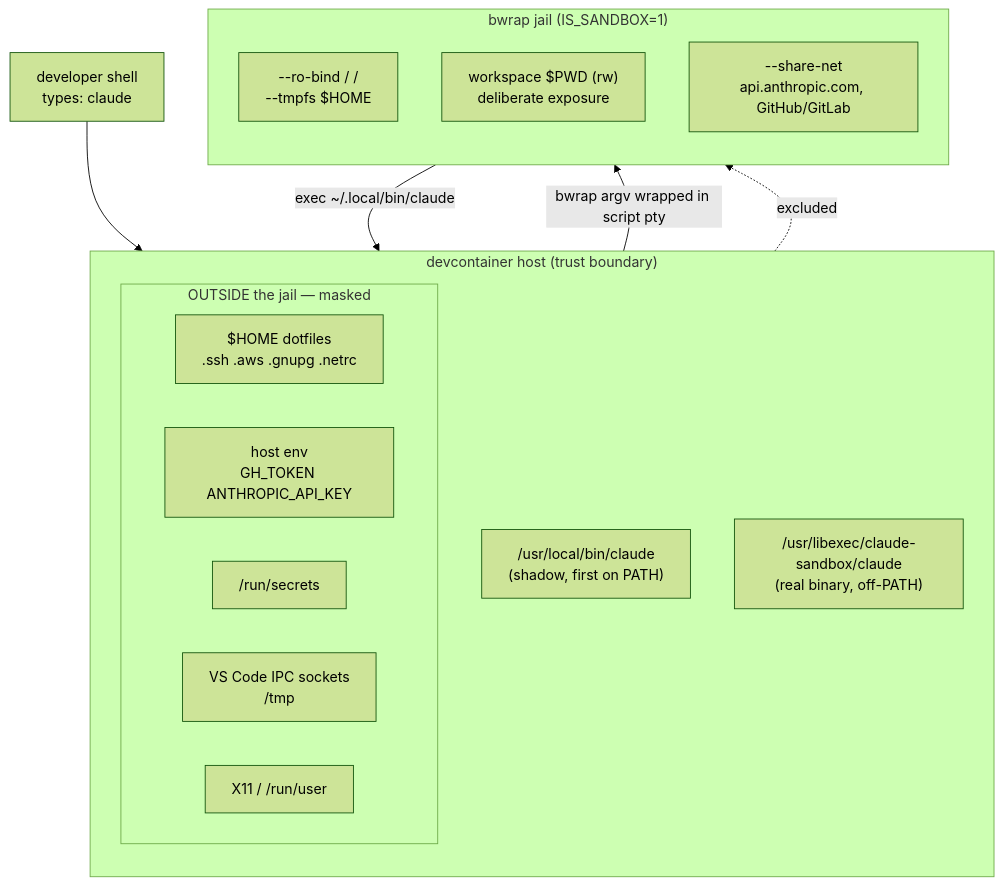
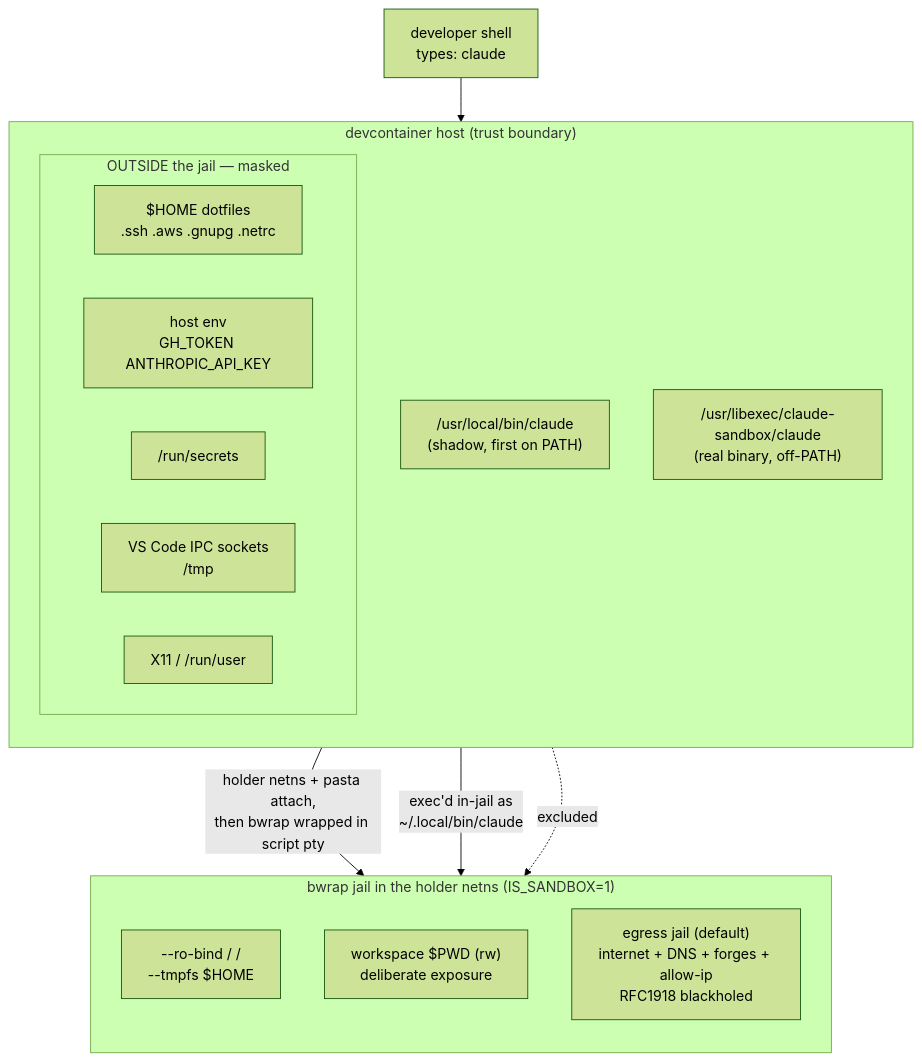
One commit to gilesknap/claude-sandbox changed the first of 6 diagrams in docs/explanations/architecture.md. Above: the diagram before and after it, drawn with Mermaid (forest theme). The commit also changed other lines of this file and 22 other files, not shown here.

First line of the commit message:
docs: sync docs with the on-by-default egress jail + native-sandbox meshing

````diff
--- a/docs/explanations/architecture.md
+++ b/docs/explanations/architecture.md
@@ -49,29 +62,29 @@
 ```{mermaid}
 graph TB
     user["developer shell<br/>types: claude"]
 
     subgraph host["devcontainer host (trust boundary)"]
         direction TB
         subgraph creds["OUTSIDE the jail — masked"]
             dotfiles["$HOME dotfiles<br/>.ssh .aws .gnupg .netrc"]
             hostenv["host env<br/>GH_TOKEN ANTHROPIC_API_KEY"]
             secrets["/run/secrets"]
             ipc["VS Code IPC sockets<br/>/tmp"]
             x11["X11 / /run/user"]
         end
         shadow["/usr/local/bin/claude<br/>(shadow, first on PATH)"]
         real["/usr/libexec/claude-sandbox/claude<br/>(real binary, off-PATH)"]
     end
 
-    subgraph jail["bwrap jail (IS_SANDBOX=1)"]
+    subgraph jail["bwrap jail in the holder netns (IS_SANDBOX=1)"]
         direction TB
         ro["--ro-bind / /<br/>--tmpfs $HOME"]
         ws["workspace $PWD (rw)<br/>deliberate exposure"]
-        net["--share-net<br/>api.anthropic.com, GitHub/GitLab"]
+        net["egress jail (default)<br/>internet + DNS + forges + allow-ip<br/>RFC1918 blackholed"]
     end
 
     user --> shadow
-    shadow -->|bwrap argv wrapped in script pty| jail
-    jail -->|exec ~/.local/bin/claude| real
+    shadow -->|holder netns + pasta attach,<br/>then bwrap wrapped in script pty| jail
+    real -->|exec'd in-jail as<br/>~/.local/bin/claude| jail
     creds -.->|excluded| jail
 ```
````
